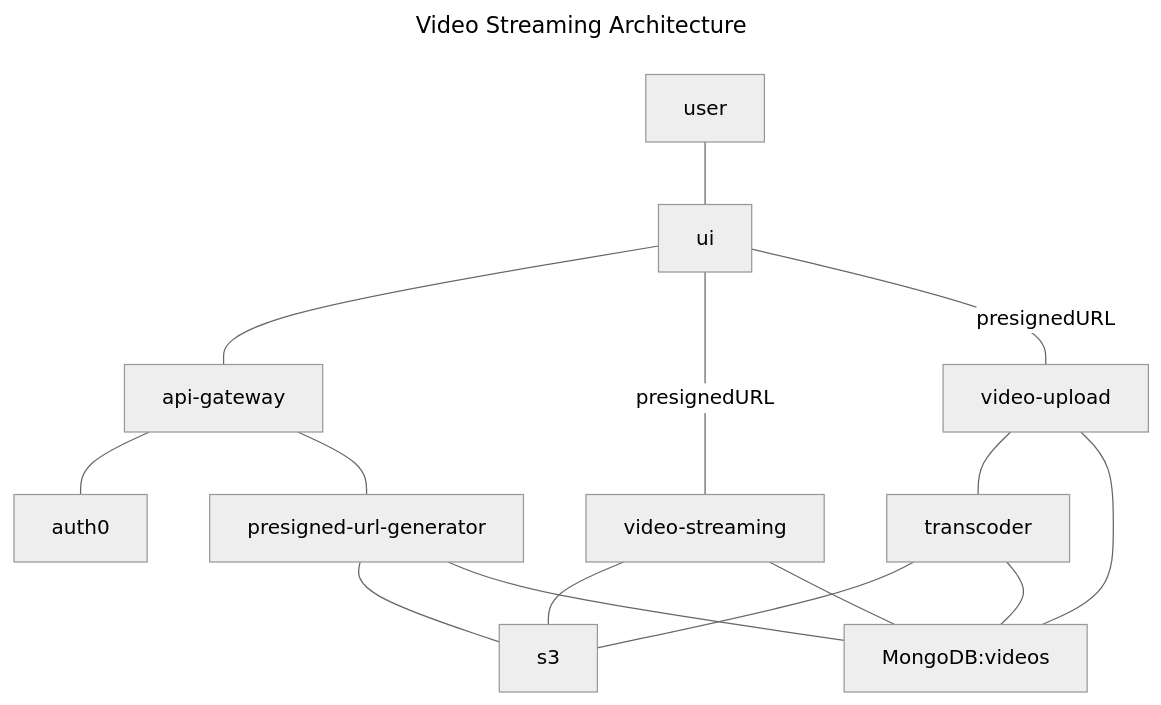
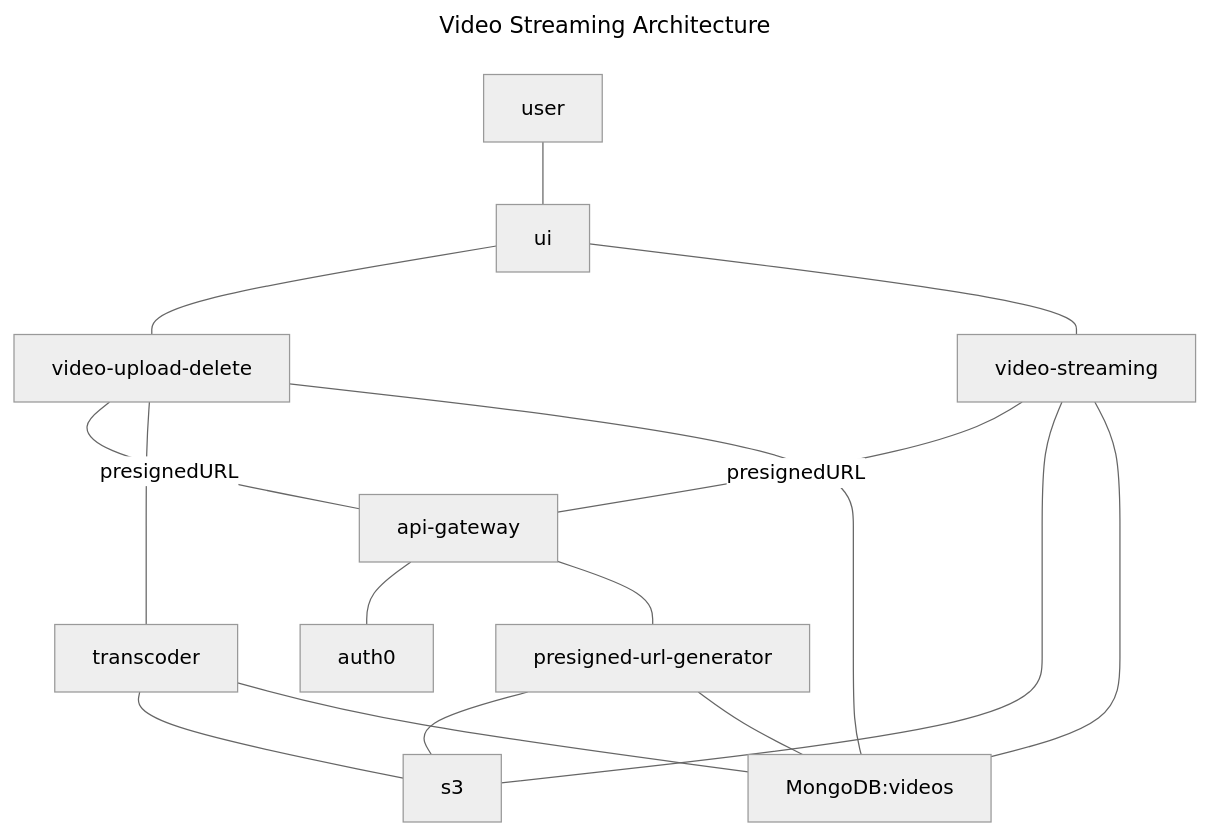
One commit to kale-schuetzeberg/video-streaming changed the diagram in application-map.mmd. Above: the diagram before and after it, drawn with Mermaid (neutral theme). The commit also changed 30 other files, not shown here.

```diff
--- a/application-map.mmd
+++ b/application-map.mmd
@@ -1,18 +1,19 @@
 ---
 title: Video Streaming Architecture
 ---
 flowchart TB
     user --- ui
-    ui --- api-gateway
-    ui -- presignedURL --- video-streaming
-    ui -- presignedURL --- video-upload
+    ui --- video-upload-delete
+    ui --- video-streaming
+    video-streaming -- presignedURL --- api-gateway
+    video-upload-delete -- presignedURL --- api-gateway
     api-gateway --- auth0
     api-gateway  --- presigned-url-generator
     presigned-url-generator --- s3
     transcoder --- s3
     video-streaming --- s3
-    video-upload --- transcoder
+    video-upload-delete --- transcoder
     presigned-url-generator --- MongoDB:videos
     transcoder --- MongoDB:videos
-    video-upload --- MongoDB:videos
+    video-upload-delete --- MongoDB:videos
     video-streaming --- MongoDB:videos
```
